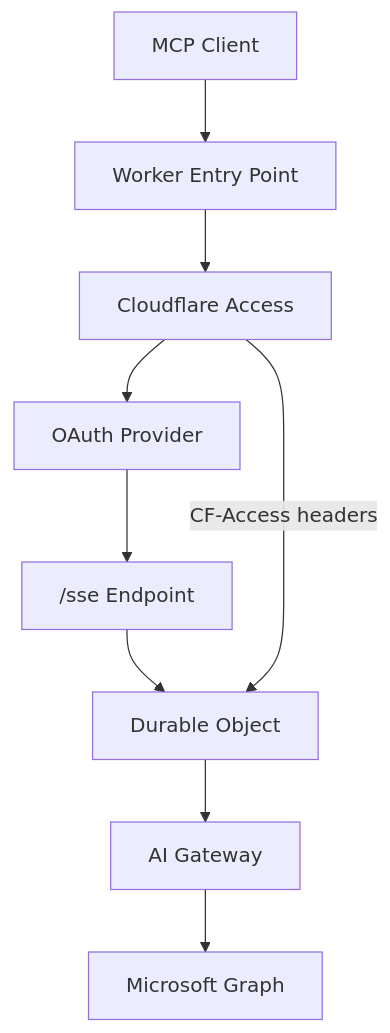
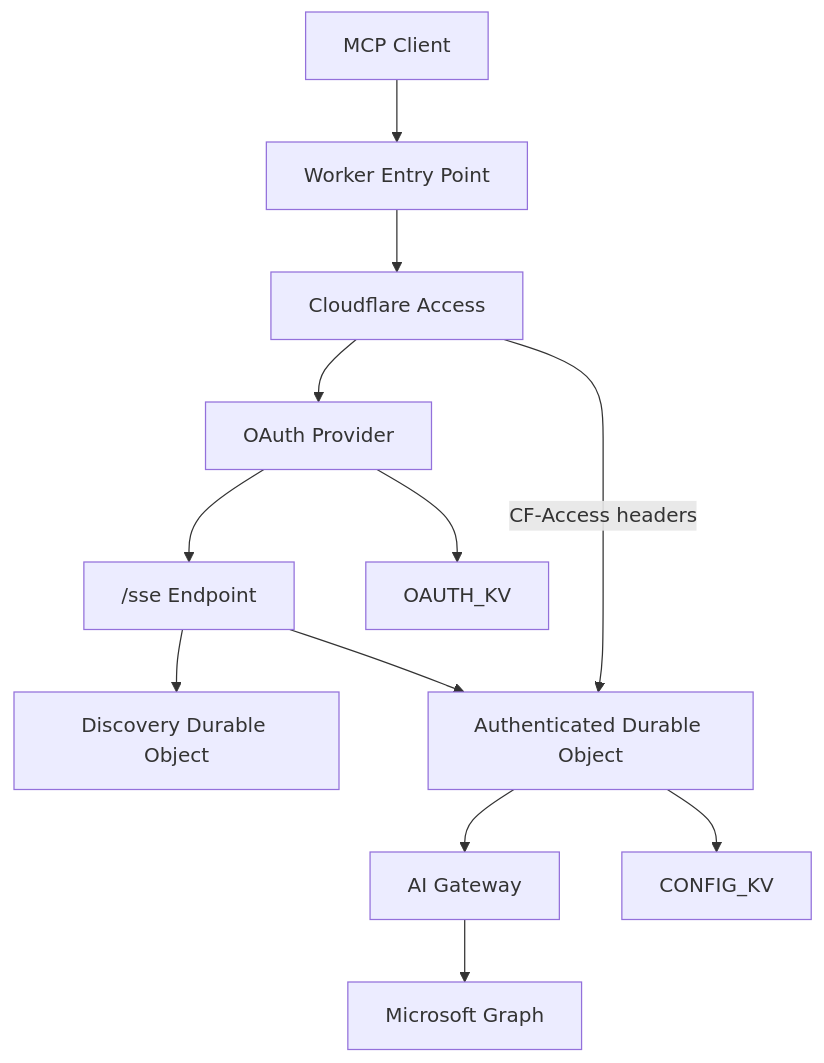
Before and after one commit to nikolanovoselec/m365-mcp-server-production: the first of 3 diagrams in TECHNICAL.md, drawn with Mermaid.

Commit message:
docs: align durable object naming in diagrams

````diff
--- a/TECHNICAL.md
+++ b/TECHNICAL.md
@@ -11,11 +11,15 @@
 ```mermaid
 graph TB
     Client[MCP Client] --> Entry[Worker Entry Point]
     Entry --> Access[Cloudflare Access]
     Access --> OAuth[OAuth Provider]
     OAuth --> SSE["/sse Endpoint"]
-    SSE --> DO[Durable Object]
-    DO --> Gateway[AI Gateway]
+    SSE --> DO1[Discovery Durable Object]
+    SSE --> DO2[Authenticated Durable Object]
+    DO2 --> Gateway[AI Gateway]
     Gateway --> Graph[Microsoft Graph]
-    Access -->|CF-Access headers| DO
+    Access -->|CF-Access headers| DO2
+
+    OAuth --> KV1[OAUTH_KV]
+    DO2 --> KV2[CONFIG_KV]
 ```
````
